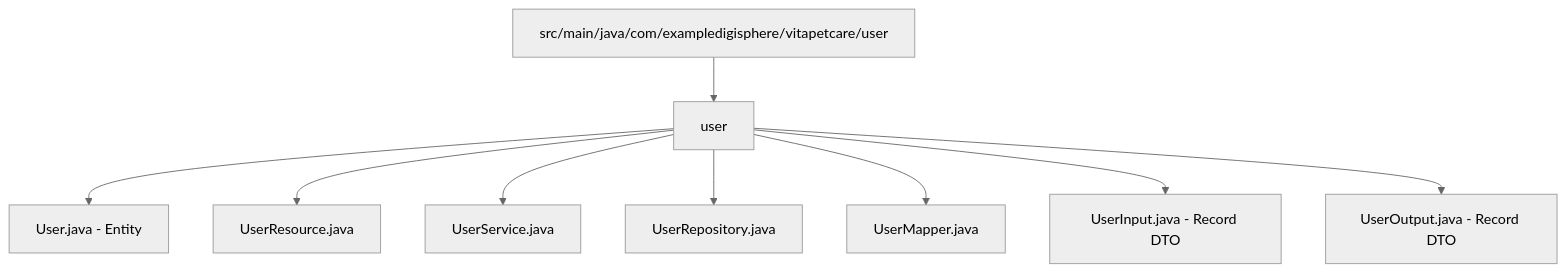
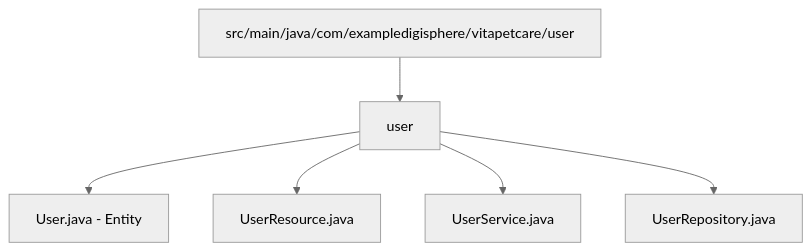
One commit to Helton-Oliveira/vitapetcare changed the diagram in .junie/guidelines.md. Above: the diagram before and after it, drawn with Mermaid (neutral theme). The commit also changed other lines of this file and 19 other files, not shown here.

````diff
--- a/.junie/guidelines.md
+++ b/.junie/guidelines.md
@@ -28,11 +28,8 @@
 ```mermaid
 graph TD
     src/main/java/com/exampledigisphere/vitapetcare/user --> user
     user --> User.java[User.java - Entity]
     user --> UserResource.java
     user --> UserService.java
     user --> UserRepository.java
-    user --> UserMapper.java
-    user --> UserInput.java[UserInput.java - Record DTO]
-    user --> UserOutput.java[UserOutput.java - Record DTO] 
 ```
````
